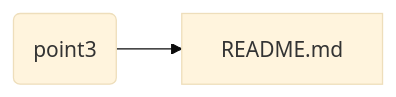
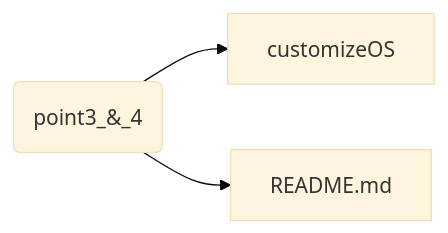
One commit to smokyisthatyou/STM32Nucleo64 changed the fourth of 4 diagrams in README.md. Above: the diagram before and after it, drawn with Mermaid. The commit also changed other lines of this file, not shown here.

Commit message:
uploading the diagram of example 2 of point 2 and of point3_&_4

````diff
--- a/README.md
+++ b/README.md
@@ -80,7 +83,8 @@
 ```mermaid
 %%{init: {'theme':'base'}}%%
 graph LR;
-p3(point3)
+p3(point3_&_4)
+p3-->customizeOS;
 p3-->README.md;
 
 ```
````
